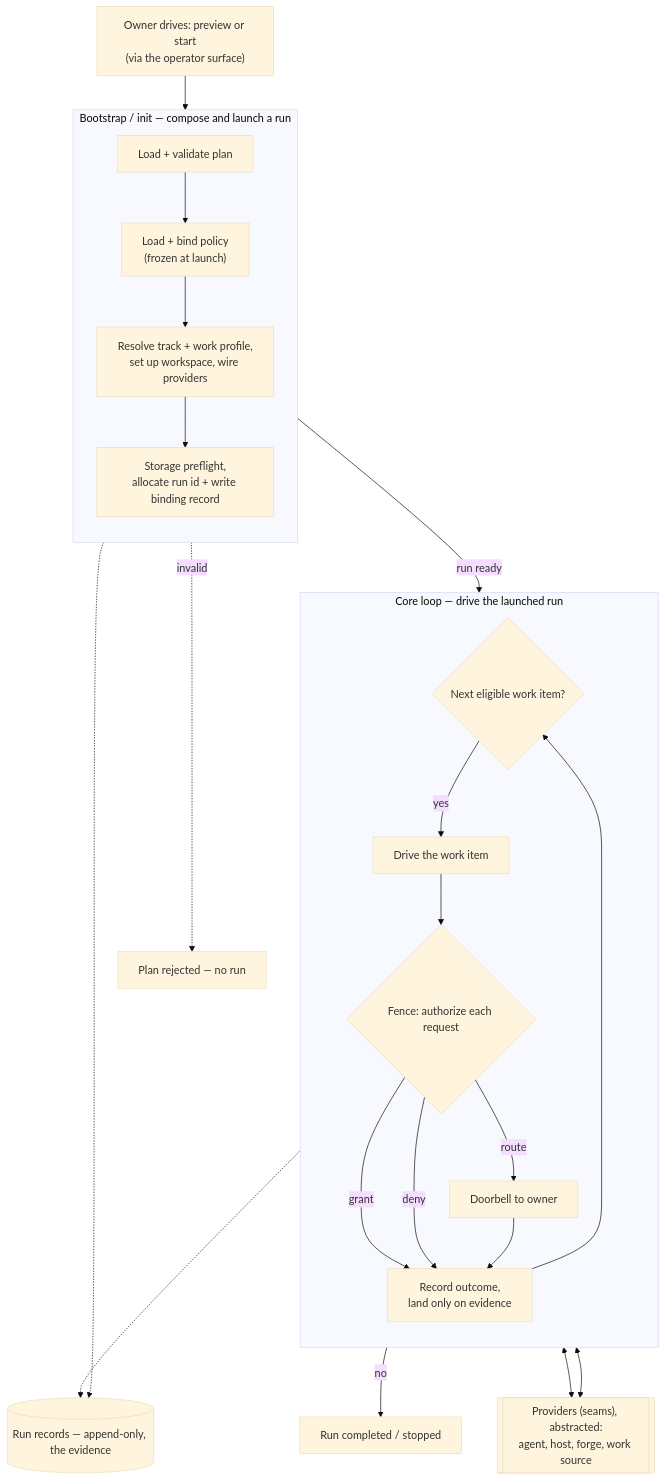
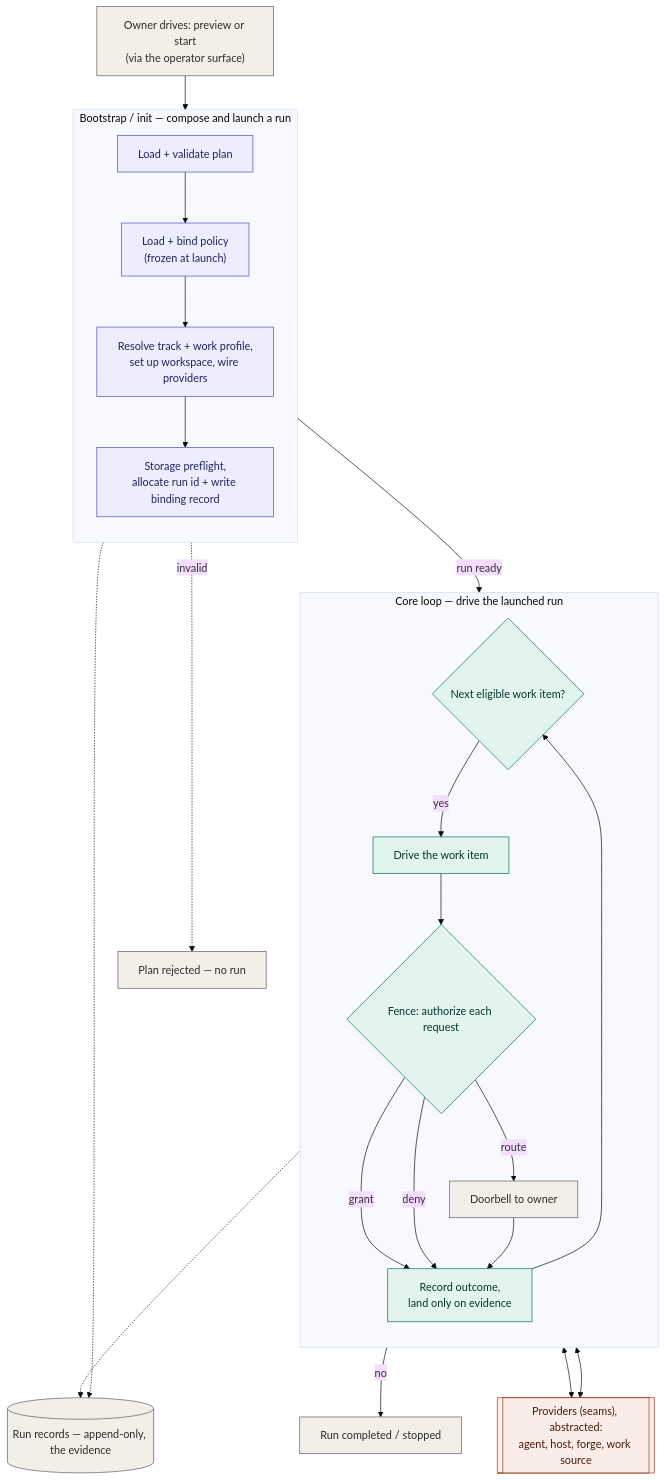
One commit to agentic-workflow-kit/jig changed the second of 2 diagrams in docs/design/core/README.md. Above: the diagram before and after it, drawn with Mermaid (base theme). The commit also changed other lines of this file and 8 other files, not shown here.

First line of the commit message:
docs: style design-layer diagrams by category

````diff
--- a/docs/design/core/README.md
+++ b/docs/design/core/README.md
@@ -81,41 +90,50 @@
 ```mermaid
 flowchart TD
     Drive["Owner drives: preview or start<br/>(via the operator surface)"]
 
     subgraph BOOT["Bootstrap / init — compose and launch a run"]
         direction TB
         B1["Load + validate plan"]
         B2["Load + bind policy<br/>(frozen at launch)"]
         B3["Resolve track + work profile,<br/>set up workspace, wire providers"]
         B4["Storage preflight,<br/>allocate run id + write binding record"]
         B1 --> B2 --> B3 --> B4
     end
 
     subgraph CORE["Core loop — drive the launched run"]
         direction TB
         C1{"Next eligible work item?"}
         C2["Drive the work item"]
         C3{"Fence: authorize each request"}
         C4["Record outcome,<br/>land only on evidence"]
         C1 -->|yes| C2 --> C3
         C3 -->|grant| C4
         C3 -->|deny| C4
         C3 -->|route| Door["Doorbell to owner"]
         Door --> C4
         C4 --> C1
     end
 
     Rej["Plan rejected — no run"]
     Done["Run completed / stopped"]
     Providers[["Providers (seams), abstracted:<br/>agent, host, forge, work source"]]
     Records[("Run records — append-only, the evidence")]
 
     Drive --> B1
     B1 -.->|invalid| Rej
     B4 -->|run ready| C1
     C1 -->|no| Done
     C2 <--> Providers
     C4 <--> Providers
     BOOT -.-> Records
     CORE -.-> Records
+
+    classDef config fill:#EEEDFE,stroke:#534AB7,color:#26215C;
+    classDef core fill:#E1F5EE,stroke:#0F6E56,color:#04342C;
+    classDef seam fill:#FAECE7,stroke:#993C1D,color:#4A1B0C;
+    classDef neutral fill:#F1EFE8,stroke:#5F5E5A,color:#2C2C2A;
+    class Drive,Door,Rej,Done,Records neutral;
+    class B1,B2,B3,B4 config;
+    class C1,C2,C3,C4 core;
+    class Providers seam;
 ```
````
